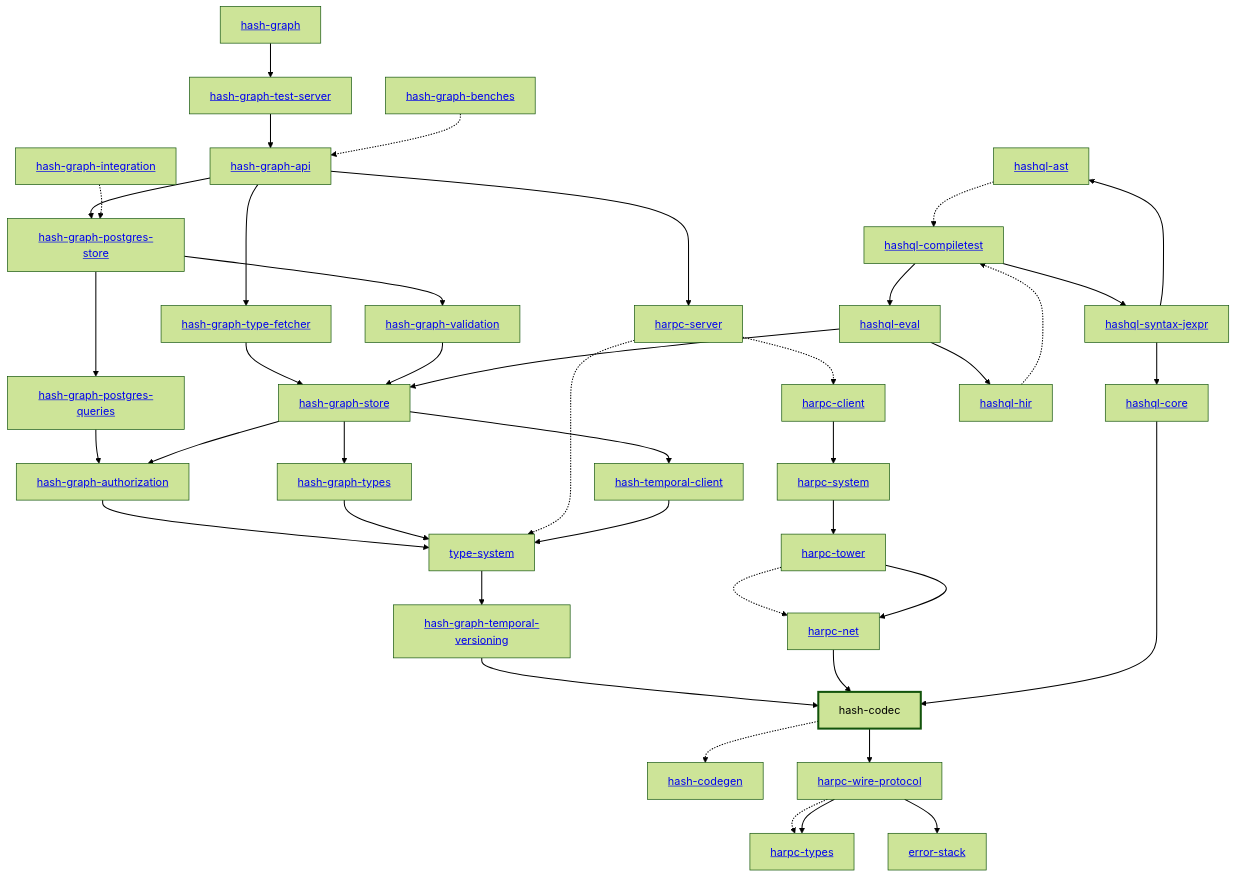
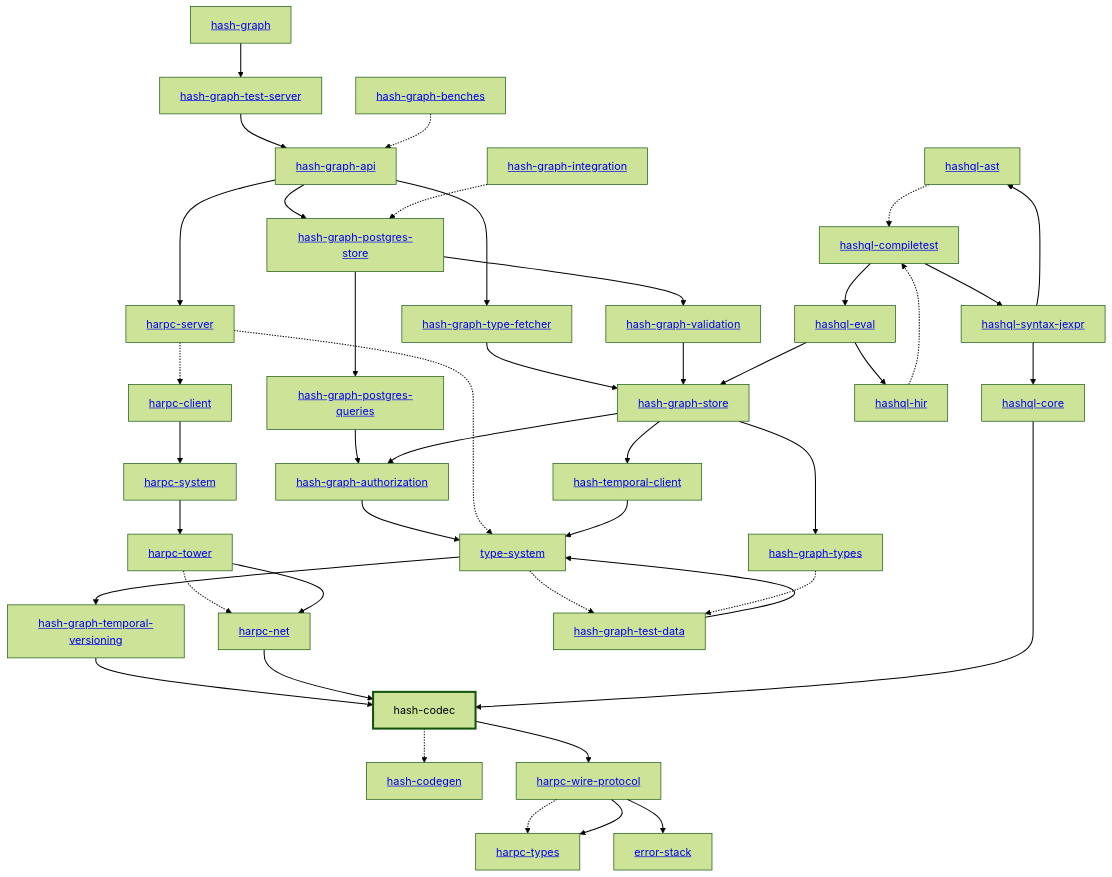
One commit to hashintel/hash changed the diagram in libs/@local/codec/docs/dependency-diagram.mmd. Above: the diagram before and after it, drawn with Mermaid (forest theme). The commit also changed 38 other files, not shown here.

```diff
--- a/libs/@local/codec/docs/dependency-diagram.mmd
+++ b/libs/@local/codec/docs/dependency-diagram.mmd
@@ -1,83 +1,86 @@
 graph TD
     linkStyle default stroke-width:1.5px
     classDef default stroke-width:1px
     classDef root stroke-width:3px
     classDef dev stroke-width:1px
     classDef build stroke-width:1px
     %% Legend
     %% --> : Normal dependency
     %% -.-> : Dev dependency
     %% ---> : Build dependency
     0[<a href="../hash_graph">hash-graph</a>]
     1[<a href="../type_system">type-system</a>]
     2[hash-codec]
     class 2 root
     3[<a href="../hash_codegen">hash-codegen</a>]
     4[<a href="../hash_graph_api">hash-graph-api</a>]
     5[<a href="../hash_graph_authorization">hash-graph-authorization</a>]
     6[<a href="../hash_graph_postgres_queries">hash-graph-postgres-queries</a>]
     7[<a href="../hash_graph_postgres_store">hash-graph-postgres-store</a>]
     8[<a href="../hash_graph_store">hash-graph-store</a>]
     9[<a href="../hash_graph_temporal_versioning">hash-graph-temporal-versioning</a>]
     10[<a href="../hash_graph_test_server">hash-graph-test-server</a>]
     11[<a href="../hash_graph_type_fetcher">hash-graph-type-fetcher</a>]
     12[<a href="../hash_graph_types">hash-graph-types</a>]
     13[<a href="../hash_graph_validation">hash-graph-validation</a>]
     14[<a href="../harpc_client">harpc-client</a>]
     15[<a href="../harpc_net">harpc-net</a>]
     16[<a href="../harpc_server">harpc-server</a>]
     17[<a href="../harpc_system">harpc-system</a>]
     18[<a href="../harpc_tower">harpc-tower</a>]
     19[<a href="../harpc_types">harpc-types</a>]
     20[<a href="../harpc_wire_protocol">harpc-wire-protocol</a>]
     21[<a href="../hashql_ast">hashql-ast</a>]
     22[<a href="../hashql_compiletest">hashql-compiletest</a>]
     23[<a href="../hashql_core">hashql-core</a>]
     24[<a href="../hashql_eval">hashql-eval</a>]
     25[<a href="../hashql_hir">hashql-hir</a>]
     26[<a href="../hashql_syntax_jexpr">hashql-syntax-jexpr</a>]
     27[<a href="../hash_temporal_client">hash-temporal-client</a>]
     28[<a href="../error_stack">error-stack</a>]
     29[<a href="../hash_graph_benches">hash-graph-benches</a>]
     30[<a href="../hash_graph_integration">hash-graph-integration</a>]
+    31[<a href="../hash_graph_test_data">hash-graph-test-data</a>]
     0 --> 10
     1 --> 9
+    1 -.-> 31
     2 -.-> 3
     2 --> 20
     4 --> 7
     4 --> 11
     4 --> 16
     5 --> 1
     6 --> 5
     7 --> 6
     7 --> 13
     8 --> 5
     8 --> 12
     8 --> 27
     9 --> 2
     10 --> 4
     11 --> 8
-    12 --> 1
+    12 -.-> 31
     13 --> 8
     14 --> 17
     15 --> 2
     16 -.-> 1
     16 -.-> 14
     17 --> 18
     18 -.-> 15
     18 --> 15
     20 -.-> 19
     20 --> 19
     20 --> 28
     21 -.-> 22
     22 --> 24
     22 --> 26
     23 --> 2
     24 --> 8
     24 --> 25
     25 -.-> 22
     26 --> 21
     26 --> 23
     27 --> 1
     29 -.-> 4
     30 -.-> 7
+    31 --> 1
```
